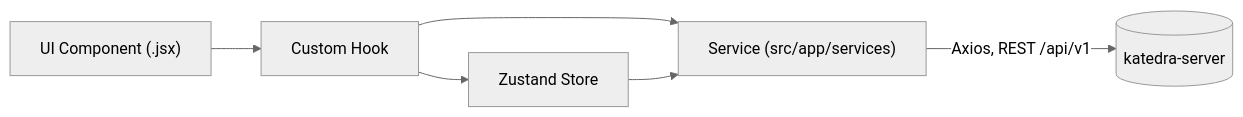
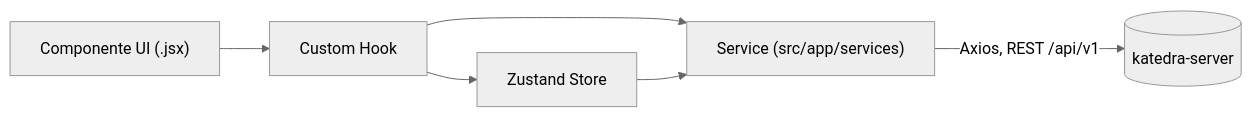
One commit to SAULALEE/katedra-client changed the diagram in README.md. Above: the diagram before and after it, drawn with Mermaid (neutral theme). The commit also changed other lines of this file and 2 other files, not shown here.

````diff
--- a/README.md
+++ b/README.md
@@ -27,8 +27,8 @@
 ```mermaid
 flowchart LR
-    UI["UI Component (.jsx)"] --> Hook["Custom Hook"]
+    UI["Componente UI (.jsx)"] --> Hook["Custom Hook"]
     Hook --> Store["Zustand Store"]
     Hook --> Service["Service (src/app/services)"]
     Store --> Service
     Service -->|Axios, REST /api/v1| API[("katedra-server")]
 ```
````
